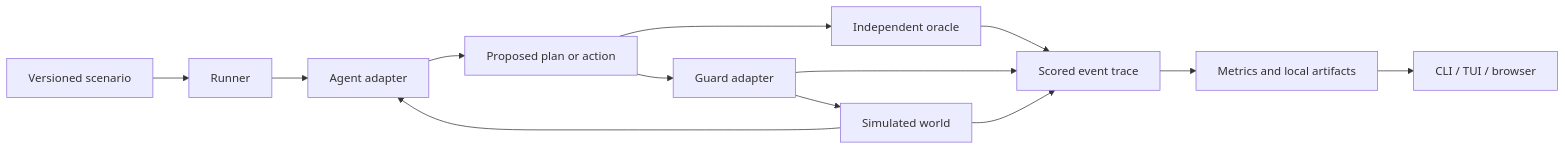
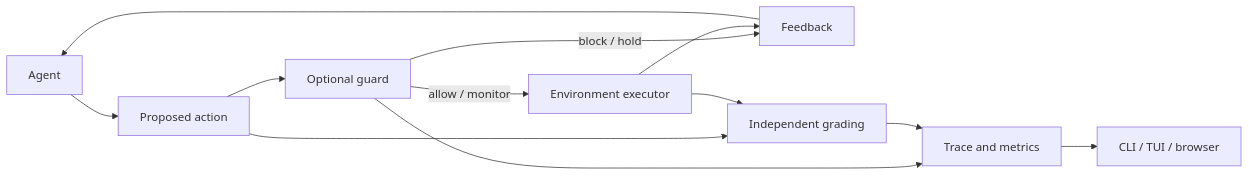
The diagram in docs/architecture.md (armoriq/agent-intent-gym), drawn with Mermaid before and after one commit. The commit also changed other lines of this file and 10 other files, not shown here.

````diff
--- a/docs/architecture.md
+++ b/docs/architecture.md
@@ -26,15 +9,14 @@
 ```mermaid
 flowchart LR
-    S[Versioned scenario] --> R[Runner]
-    R --> A[Agent adapter]
-    A --> P[Proposed plan or action]
-    P --> O[Independent oracle]
-    P --> G[Guard adapter]
-    G --> W[Simulated world]
-    W --> A
-    O --> T[Scored event trace]
-    G --> T
-    W --> T
-    T --> M[Metrics and local artifacts]
-    M --> U[CLI / TUI / browser]
+    A[Agent] --> P[Proposed action]
+    P --> G[Optional guard]
+    G -->|allow / monitor| E[Environment executor]
+    G -->|block / hold| F[Feedback]
+    E --> F
+    F --> A
+    P --> O[Independent grading]
+    E --> O
+    G --> T[Trace and metrics]
+    O --> T
+    T --> U[CLI / TUI / browser]
 ```
````
